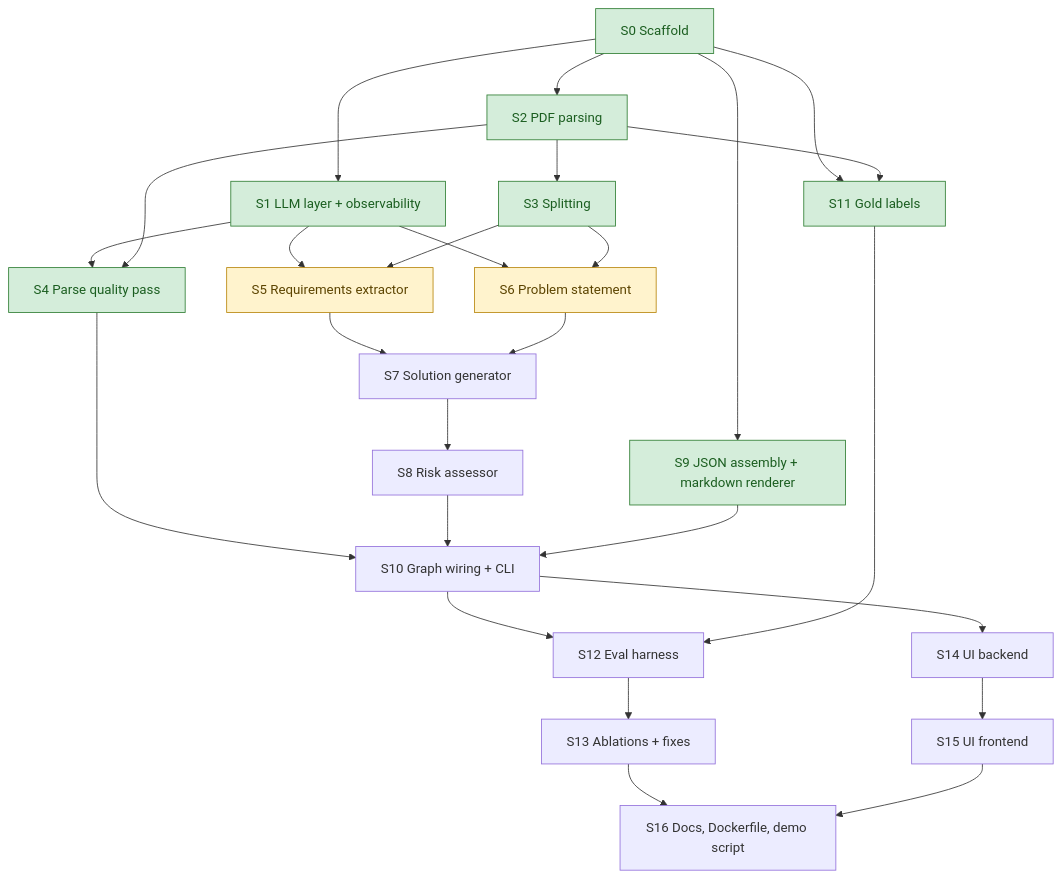
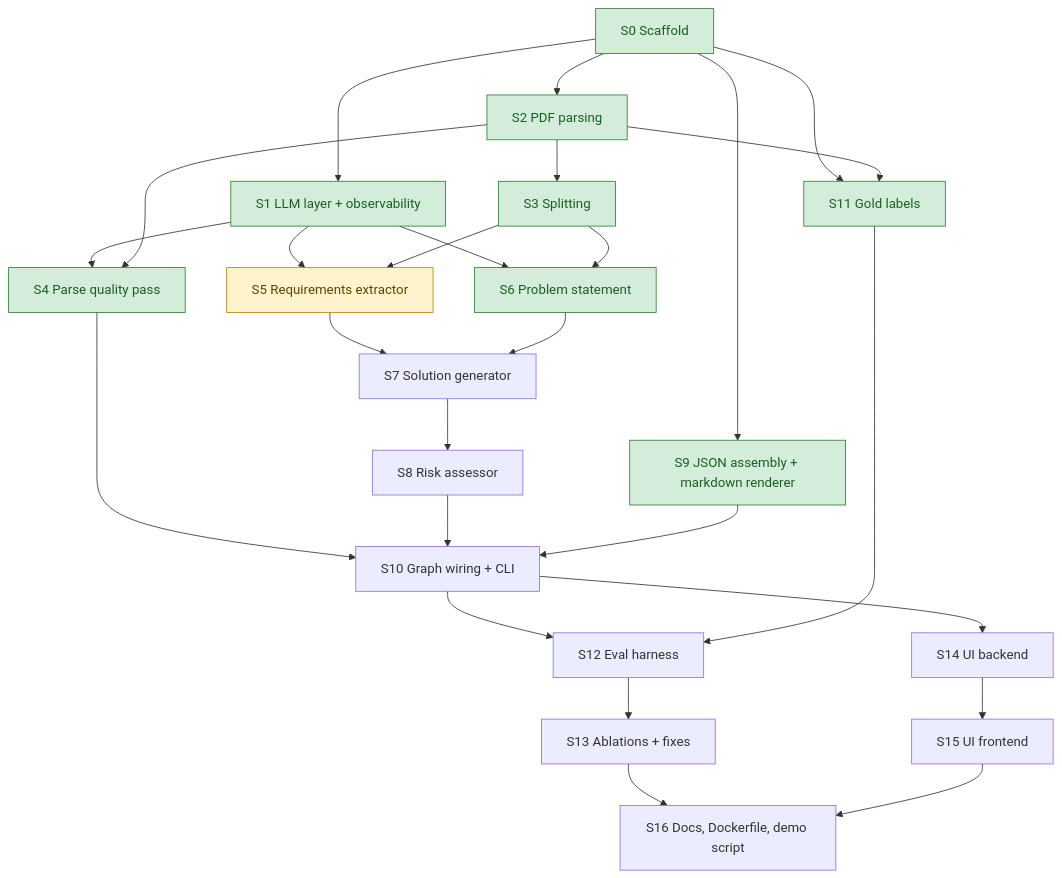
The second of 2 diagrams in docs/ROADMAP.md (lofeodo/rfp-solution-summary-generator), drawn with Mermaid before and after one commit. The commit also changed other lines of this file and 5 other files, not shown here.

Commit message:
S6: roadmap done, D28, F6, F7, prompt notes, assumptions, time log, README problem-statement section

````diff
--- a/docs/ROADMAP.md
+++ b/docs/ROADMAP.md
@@ -82,33 +82,33 @@
 ```mermaid
 flowchart TD
     S0[S0 Scaffold] --> S1[S1 LLM layer + observability]
     S0 --> S2[S2 PDF parsing]
     S0 --> S9[S9 JSON assembly + markdown renderer]
     S0 --> S11[S11 Gold labels]
     S2 --> S3[S3 Splitting]
     S1 --> S4[S4 Parse quality pass]
     S2 --> S4
     S1 --> S5[S5 Requirements extractor]
     S3 --> S5
     S1 --> S6[S6 Problem statement]
     S3 --> S6
     S5 --> S7[S7 Solution generator]
     S6 --> S7
     S7 --> S8[S8 Risk assessor]
     S4 --> S10[S10 Graph wiring + CLI]
     S8 --> S10
     S9 --> S10
     S2 --> S11
     S10 --> S12[S12 Eval harness]
     S11 --> S12
     S12 --> S13[S13 Ablations + fixes]
     S10 --> S14[S14 UI backend]
     S14 --> S15[S15 UI frontend]
     S13 --> S16[S16 Docs, Dockerfile, demo script]
     S15 --> S16
 
     classDef done fill:#d4edda,stroke:#2e7d32,color:#1b5e20
     classDef ready fill:#fff3cd,stroke:#b8860b,color:#5c4400
-    class S0,S1,S2,S3,S4,S9,S11 done
-    class S5,S6 ready
+    class S0,S1,S2,S3,S4,S6,S9,S11 done
+    class S5 ready
 ```
````
